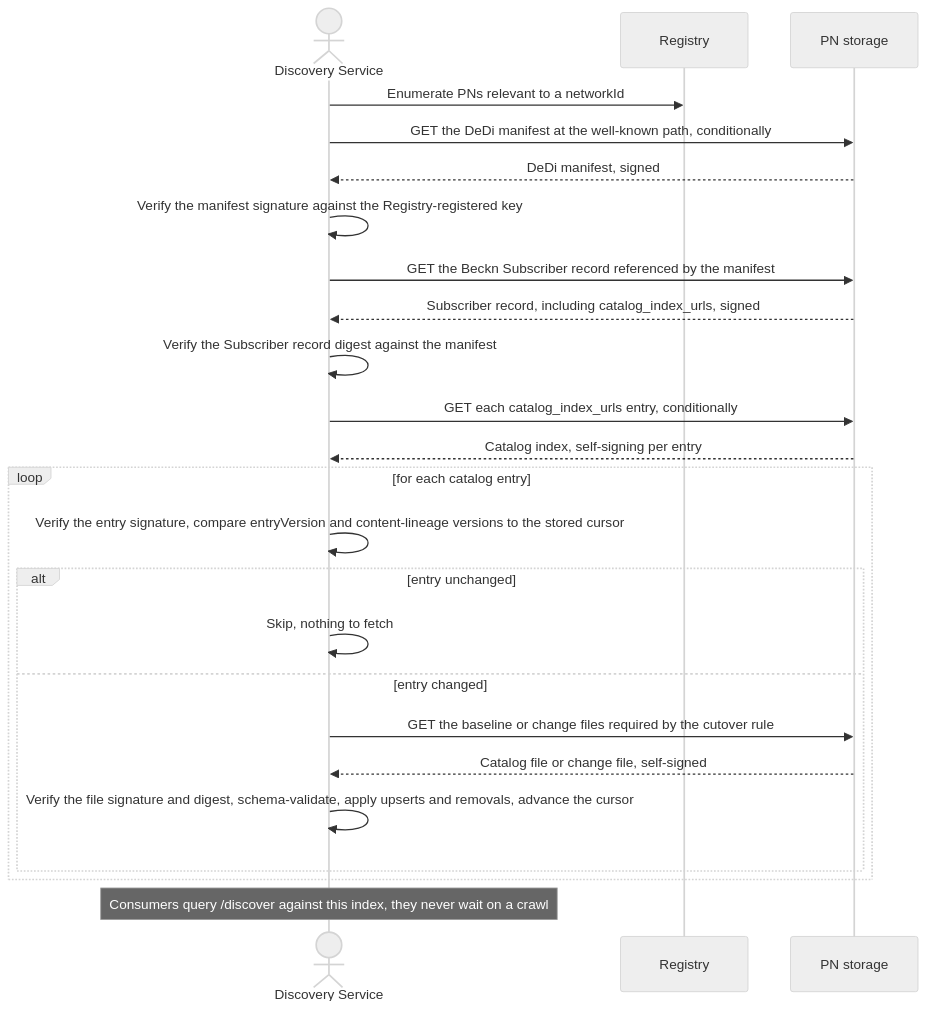
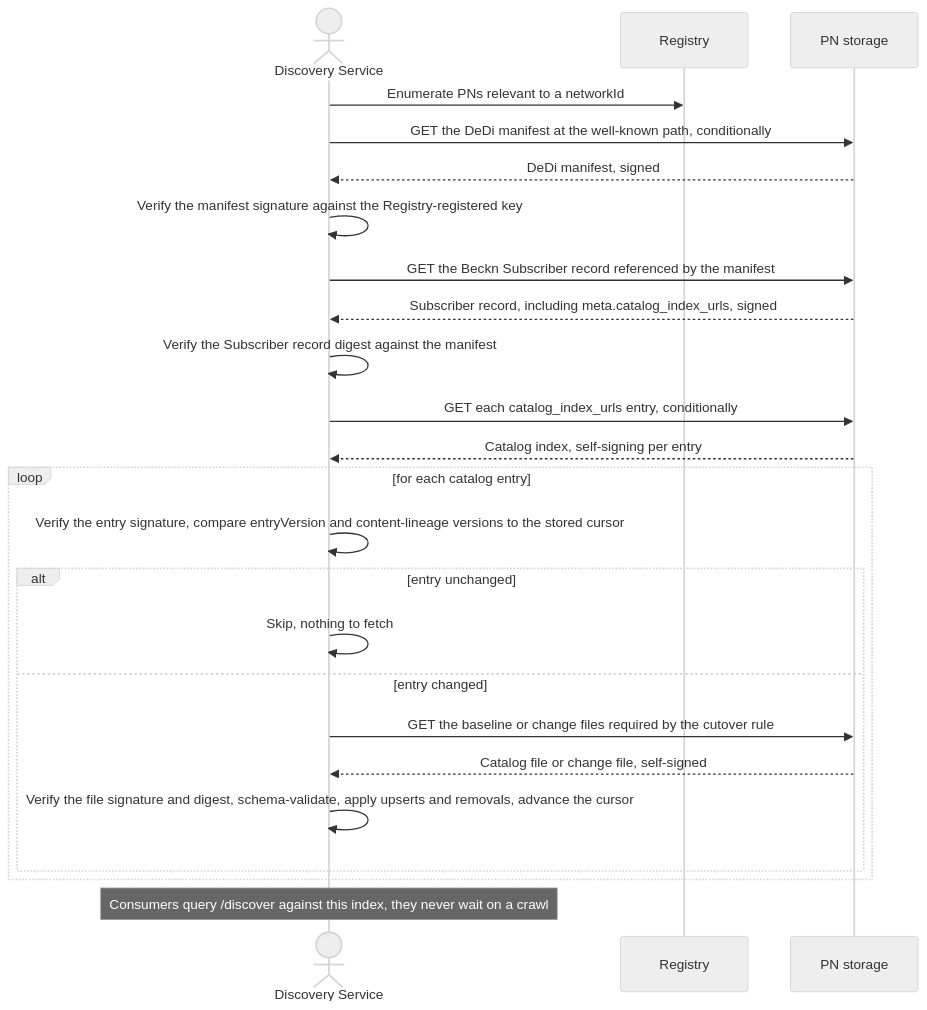
One commit to beckn/protocol-specifications-v2 changed the second of 3 diagrams in docs/Catalog_Publishing_and_Discovery.md. Above: the diagram before and after it, drawn with Mermaid (neutral theme). The commit also changed other lines of this file, not shown here.

First line of the commit message:
NFH-014: move catalog_index_urls into DeDi meta section, not Beckn_subscriber

````diff
--- a/docs/Catalog_Publishing_and_Discovery.md
+++ b/docs/Catalog_Publishing_and_Discovery.md
@@ -205,27 +205,27 @@
 ```mermaid
 sequenceDiagram
     actor DS as Discovery Service
     participant Reg as Registry
     participant PN as PN storage
 
     DS->>Reg: Enumerate PNs relevant to a networkId
     DS->>PN: GET the DeDi manifest at the well-known path, conditionally
     PN-->>DS: DeDi manifest, signed
     DS->>DS: Verify the manifest signature against the Registry-registered key
     DS->>PN: GET the Beckn Subscriber record referenced by the manifest
-    PN-->>DS: Subscriber record, including catalog_index_urls, signed
+    PN-->>DS: Subscriber record, including meta.catalog_index_urls, signed
     DS->>DS: Verify the Subscriber record digest against the manifest
     DS->>PN: GET each catalog_index_urls entry, conditionally
     PN-->>DS: Catalog index, self-signing per entry
     loop for each catalog entry
         DS->>DS: Verify the entry signature, compare entryVersion and content-lineage versions to the stored cursor
         alt entry unchanged
             DS->>DS: Skip, nothing to fetch
         else entry changed
             DS->>PN: GET the baseline or change files required by the cutover rule
             PN-->>DS: Catalog file or change file, self-signed
             DS->>DS: Verify the file signature and digest, schema-validate, apply upserts and removals, advance the cursor
         end
     end
     Note over DS: Consumers query /discover against this index, they never wait on a crawl
 ```
````
